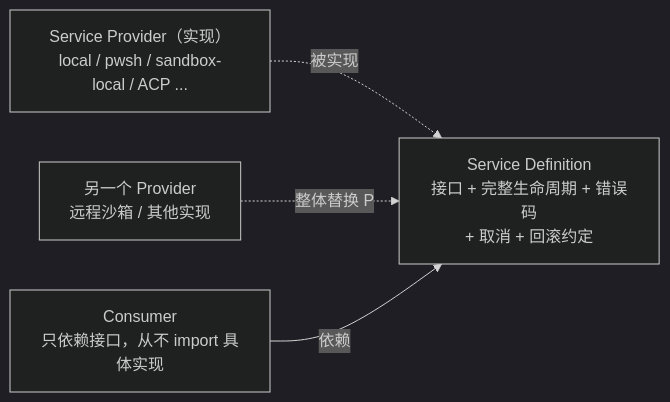
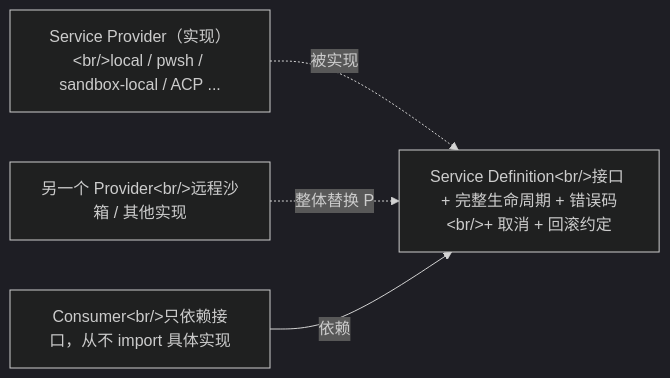
One commit to ZZKeepCurious/mini-deepseek-harness-python changed the sixth of 9 diagrams in docs/report/02-architecture.md. Above: the diagram before and after it, drawn with Mermaid (dark theme). The commit also changed other lines of this file and 27 other files, not shown here.

````diff
--- a/docs/report/02-architecture.md
+++ b/docs/report/02-architecture.md
@@ -237,10 +237,10 @@
 ```mermaid
 flowchart LR
-  D["Service Definition<br/>接口 + 完整生命周期 + 错误码<br/>+ 取消 + 回滚约定"]
-  P["Service Provider（实现）<br/>local / pwsh / sandbox-local / ACP ..."]
-  P2["另一个 Provider<br/>远程沙箱 / 其他实现"]
-  C["Consumer<br/>只依赖接口，从不 import 具体实现"]
+  D["Service Definition&lt;br/&gt;接口 + 完整生命周期 + 错误码&lt;br/&gt;+ 取消 + 回滚约定"]
+  P["Service Provider（实现）&lt;br/&gt;local / pwsh / sandbox-local / ACP ..."]
+  P2["另一个 Provider&lt;br/&gt;远程沙箱 / 其他实现"]
+  C["Consumer&lt;br/&gt;只依赖接口，从不 import 具体实现"]
   P -.被实现.-> D
   P2 -.整体替换 P.-> D
   C -->|"依赖"| D
 ```
````
